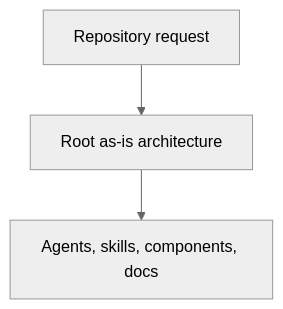
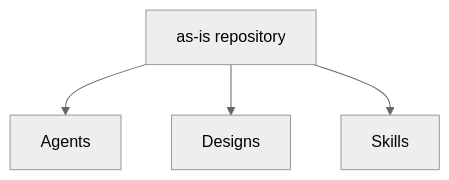
One commit to abstract-business-systems/as-is changed the diagram in as-is.md. Above: the diagram before and after it, drawn with Mermaid (neutral theme). The commit also changed other lines of this file and 37 other files, not shown here.

````diff
--- a/as-is.md
+++ b/as-is.md
@@ -13,5 +29,11 @@
 ```mermaid
 flowchart TD
-    A["Repository request"] --> B["Root as-is architecture"]
-    B --> C["Agents, skills, components, docs"]
+    Root["as-is repository"]
+    Root --> Agents["Agents"]
+    Root --> Designs["Designs"]
+    Root --> Skills["Skills"]
+
+    click Agents "./agents/as-is.md" "Open Agents component record"
+    click Designs "./designs/as-is.md" "Open Designs component record"
+    click Skills "./skills/as-is.md" "Open Skills component record"
 ```
````
